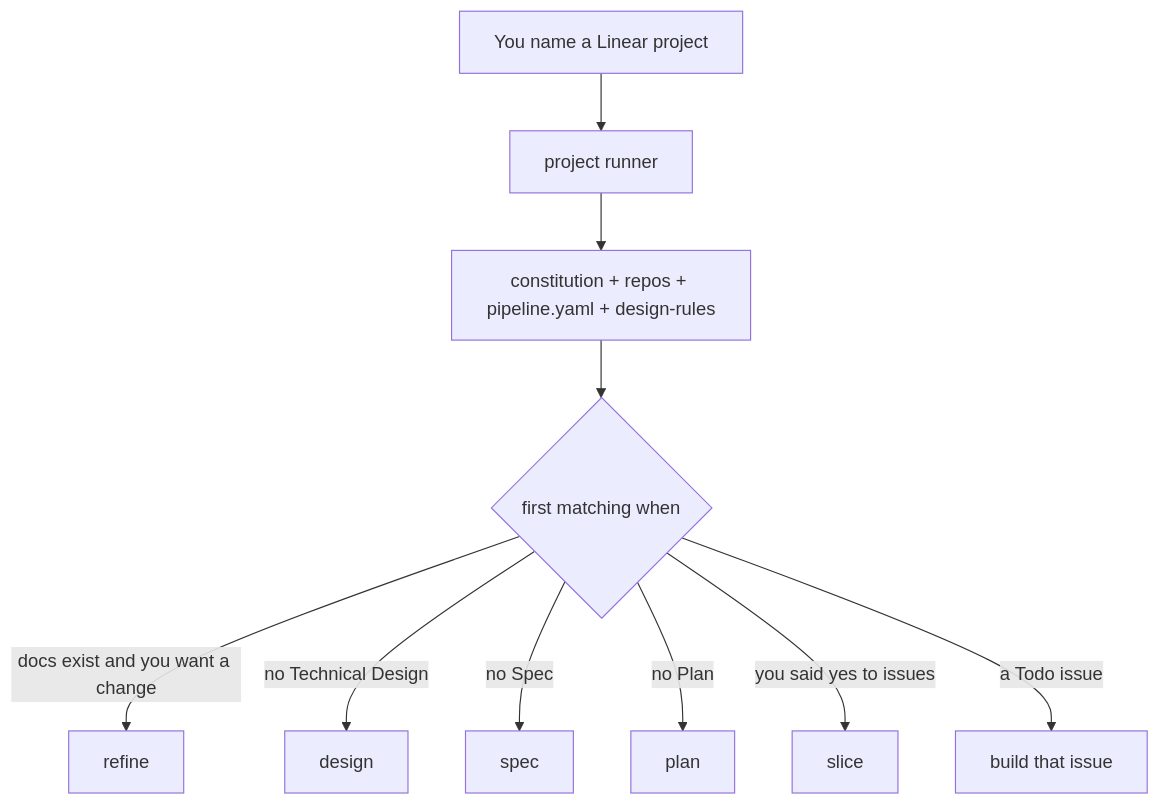
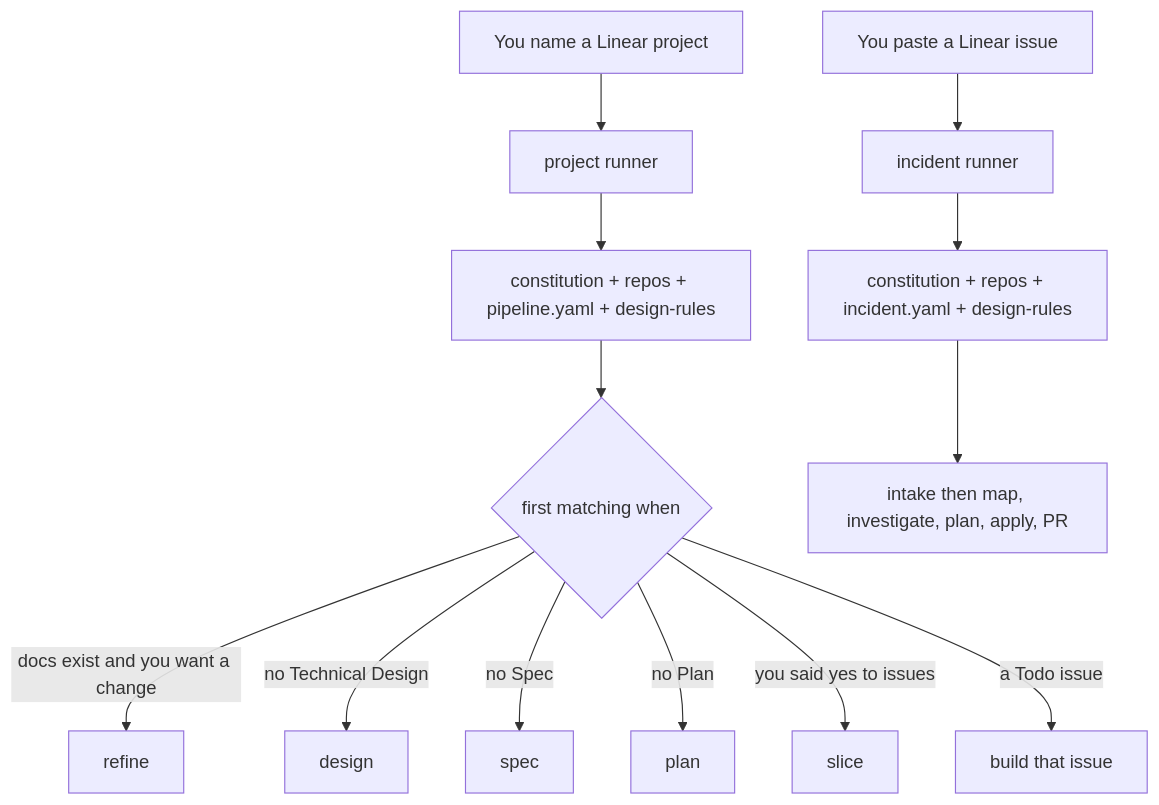
Before and after one commit to eventincgroup/pooya-workspace: the diagram in .opencode/README.md, drawn with Mermaid. The commit also changed other lines of this file and 11 other files, not shown here.

First line of the commit message:
Add an incident agent for standalone Linear issues and put pipeline work on Qwen.

````diff
--- a/.opencode/README.md
+++ b/.opencode/README.md
@@ -15,12 +16,15 @@
 ```mermaid
 flowchart TD
     User["You name a Linear project"] --> Project["project runner"]
     Project --> Files["constitution + repos + pipeline.yaml + design-rules"]
     Files --> Stage{"first matching when"}
     Stage -->|"docs exist and you want a change"| Refine["refine"]
     Stage -->|"no Technical Design"| Design["design"]
     Stage -->|"no Spec"| Spec["spec"]
     Stage -->|"no Plan"| Plan["plan"]
     Stage -->|"you said yes to issues"| Slice["slice"]
     Stage -->|"a Todo issue"| BuildIssue["build that issue"]
+    User2["You paste a Linear issue"] --> Incident["incident runner"]
+    Incident --> IncFiles["constitution + repos + incident.yaml + design-rules"]
+    IncFiles --> IncStage["intake then map, investigate, plan, apply, PR"]
 ```
````
